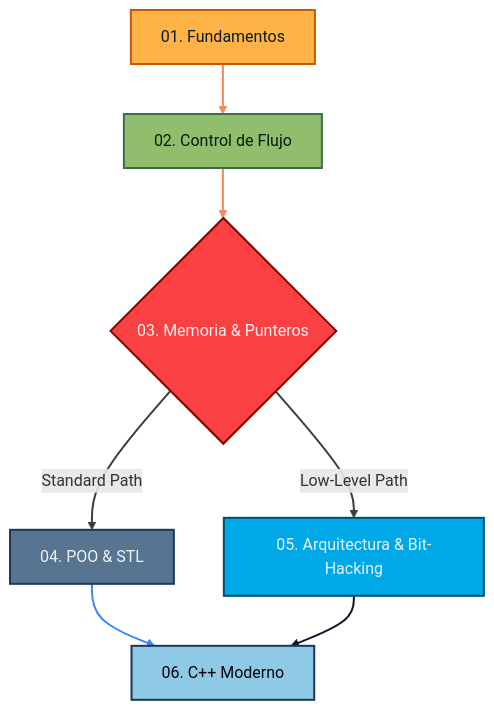
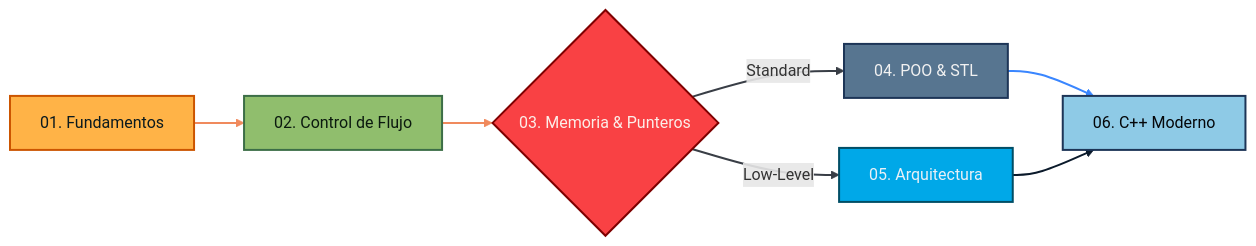
Before and after one commit to MarvinCif/Portafolio_C_mas_mas: the diagram in README.md, drawn with Mermaid.

Commit message:
Portafolio-C++: 1 cambio(s)\n\nCambios:\n- Modified: README.md\n

````diff
--- a/README.md
+++ b/README.md
@@ -26,31 +26,31 @@
 ```mermaid
-%%{init: {'theme': 'base', 'flowchart': {'useMaxWidth': false, 'nodeSpacing': 16, 'rankSpacing': 18}, 'themeVariables': {
+%%{init: {'theme': 'base', 'flowchart': {'useMaxWidth': true, 'nodeSpacing': 10, 'rankSpacing': 20}, 'themeVariables': {
   'fontFamily': '"Fira Code", "DejaVu Sans Mono", monospace',
-  'fontSize': '9px',
+  'fontSize': '10px',
   'nodePadding': '4',
   'primaryColor': '#ff6f61',
   'edgeLabelBackground': '#0b1a2b',
   'edgeLabelColor': '#f1faee',
   'clusterBkg': '#1d3557',
   'tertiaryColor': '#2a9d8f'
 }}}%%
-graph TD;
+graph LR;
   A[01. Fundamentos] --> B[02. Control de Flujo];
   B --> C{03. Memoria & Punteros};
-  C -->|Standard Path| D[04. POO & STL];
-  C -->|Low-Level Path| E[05. Arquitectura & Bit-Hacking];
+  C -->|Standard| D[04. POO & STL];
+  C -->|Low-Level| E[05. Arquitectura];
   D --> F[06. C++ Moderno];
   E --> F;
   style A fill:#ffb347,stroke:#cc5500,stroke-width:2px,color:#0b1a1e
   style B fill:#90be6d,stroke:#3c6e47,stroke-width:2px,color:#0b1a0f
   style C fill:#f94144,stroke:#7f0000,stroke-width:2px,color:#fceee9
   style D fill:#577590,stroke:#1d3557,stroke-width:2px,color:#f1f1f1
   style E fill:#00a8e8,stroke:#004e66,stroke-width:2px,color:#e9f0f7
   style F fill:#8ecae6,stroke:#1d3557,stroke-width:2px,color:#05070a
   linkStyle 0 stroke:#f08a5d,stroke-width:2px;
   linkStyle 1 stroke:#f08a5d,stroke-width:2px;
   linkStyle 2 stroke:#393e46,stroke-width:2px;
   linkStyle 3 stroke:#393e46,stroke-width:2px;
   linkStyle 4 stroke:#3a86ff,stroke-width:2px;
   linkStyle 5 stroke:#0b1a2b,stroke-width:2px;
 ```
````
